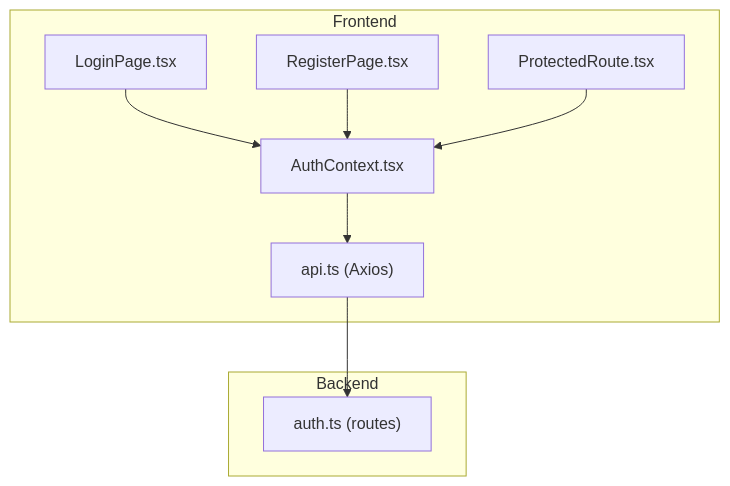
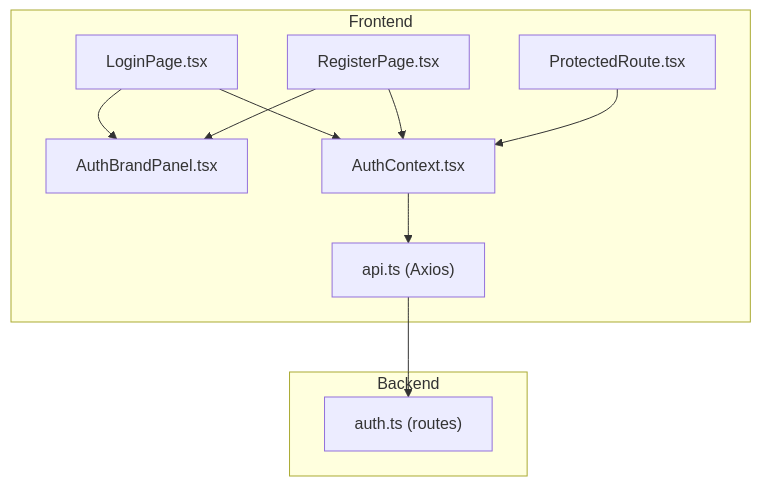
The first of 7 diagrams in .qoder/repowiki/en/content/Frontend Documentation/Pages and Views/User Pages/Authentication Pages.md (NaveenHiranya/Smart-Vehicle-Insurance-Claim-System), drawn with Mermaid before and after one commit. The commit also changed other lines of this file and 31 other files, not shown here.

````diff
--- a/.qoder/repowiki/en/content/Frontend Documentation/Pages and Views/User Pages/Authentication Pages.md
+++ b/.qoder/repowiki/en/content/Frontend Documentation/Pages and Views/User Pages/Authentication Pages.md
@@ -31,18 +40,21 @@
 ```mermaid
 graph TB
 subgraph "Frontend"
 LP["LoginPage.tsx"]
 RP["RegisterPage.tsx"]
+ABP["AuthBrandPanel.tsx"]
 AC["AuthContext.tsx"]
 PR["ProtectedRoute.tsx"]
 API["api.ts (Axios)"]
 end
 subgraph "Backend"
 AR["auth.ts (routes)"]
 end
+LP --> ABP
+RP --> ABP
 LP --> AC
 RP --> AC
 AC --> API
 API --> AR
 PR --> AC
 ```
````
